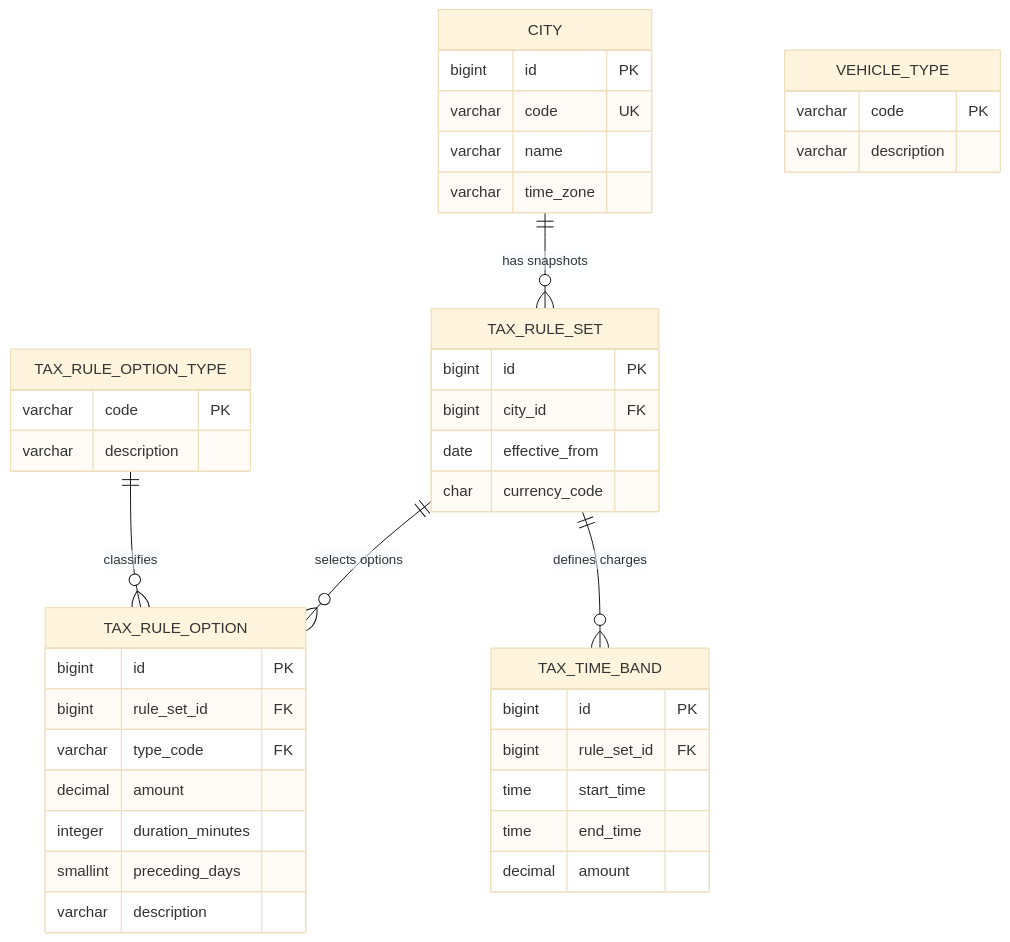
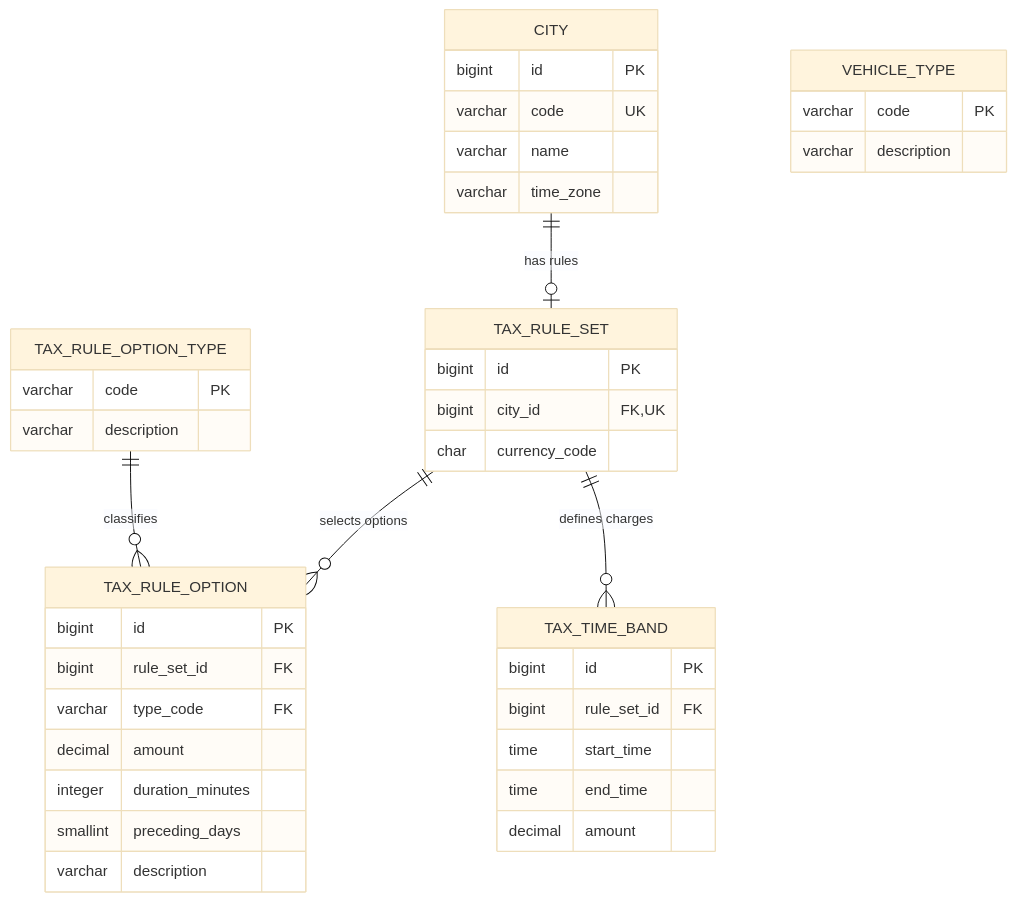
Before and after one commit to igrgin/congestion-tax-calculator: the diagram in docs/design/persistence.md, drawn with Mermaid (base theme). The commit also changed other lines of this file and 58 other files, not shown here.

First line of the commit message:
Use City Local Time and one City Tax Rule Set (#16)

````diff
--- a/docs/design/persistence.md
+++ b/docs/design/persistence.md
@@ -7,49 +7,48 @@
 ```mermaid
 erDiagram
     CITY {
         bigint id PK
         varchar code UK
         varchar name
         varchar time_zone
     }
 
     VEHICLE_TYPE {
         varchar code PK
         varchar description
     }
 
     TAX_RULE_SET {
         bigint id PK
-        bigint city_id FK
-        date effective_from
+        bigint city_id FK,UK
         char currency_code
     }
 
     TAX_RULE_OPTION_TYPE {
         varchar code PK
         varchar description
     }
 
     TAX_RULE_OPTION {
         bigint id PK
         bigint rule_set_id FK
         varchar type_code FK
         decimal amount
         integer duration_minutes
         smallint preceding_days
         varchar description
     }
 
     TAX_TIME_BAND {
         bigint id PK
         bigint rule_set_id FK
         time start_time
         time end_time
         decimal amount
     }
 
-    CITY ||--o{ TAX_RULE_SET : "has snapshots"
+    CITY ||--o| TAX_RULE_SET : "has rules"
     TAX_RULE_SET ||--o{ TAX_RULE_OPTION : "selects options"
     TAX_RULE_OPTION_TYPE ||--o{ TAX_RULE_OPTION : "classifies"
     TAX_RULE_SET ||--o{ TAX_TIME_BAND : "defines charges"
 ```
````
